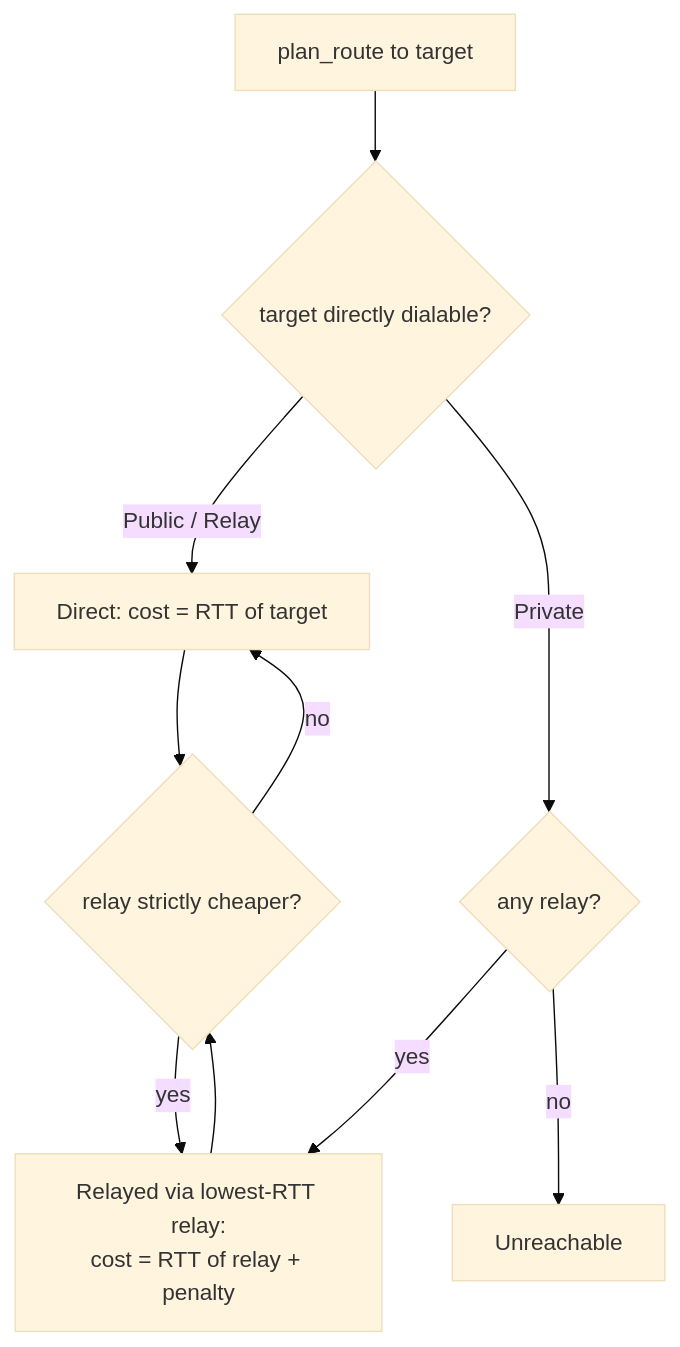
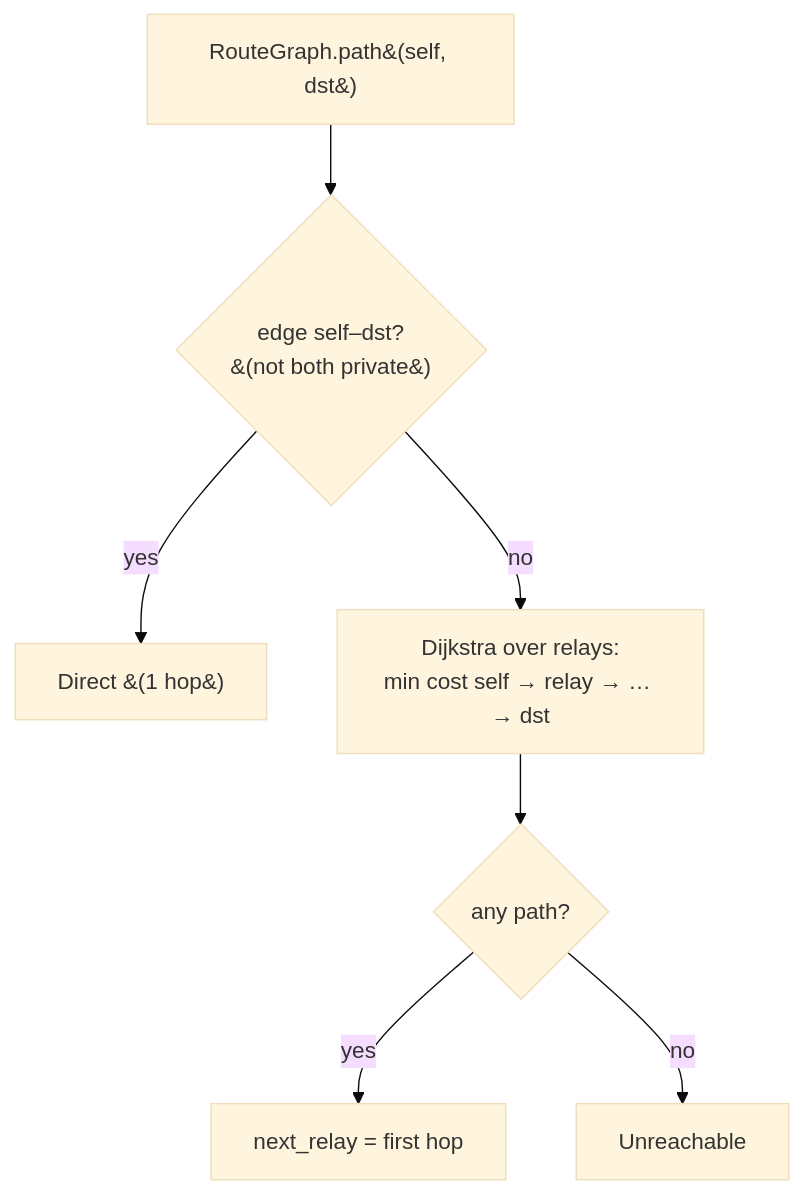
Before and after one commit to elyerinfox/open-compute-fabric-rs: the first of 3 diagrams in docs/subsystems/ocf-fabric.md, drawn with Mermaid (base theme). The commit also changed other lines of this file and 9 other files, not shown here.

First line of the commit message:
Graph-aware multi-relay routing: the fabric computes how to send packets

````diff
--- a/docs/subsystems/ocf-fabric.md
+++ b/docs/subsystems/ocf-fabric.md
@@ -359,12 +365,9 @@
 ```mermaid
 flowchart TD
-    A[plan_route to target] --> B{target directly dialable?}
-    B -->|Public / Relay| C[Direct: cost = RTT of target]
-    B -->|Private| D{any relay?}
-    D -->|yes| E[Relayed via lowest-RTT relay:<br/>cost = RTT of relay + penalty]
-    D -->|no| F[Unreachable]
-    C --> G{relay strictly cheaper?}
-    E --> G
-    G -->|no| C
-    G -->|yes| E
+    A[RouteGraph.path&#40;self, dst&#41;] --> B{edge self–dst?<br/>&#40;not both private&#41;}
+    B -->|yes| C[Direct &#40;1 hop&#41;]
+    B -->|no| D[Dijkstra over relays:<br/>min cost self → relay → … → dst]
+    D --> E{any path?}
+    E -->|yes| F[next_relay = first hop]
+    E -->|no| G[Unreachable]
 ```
````
